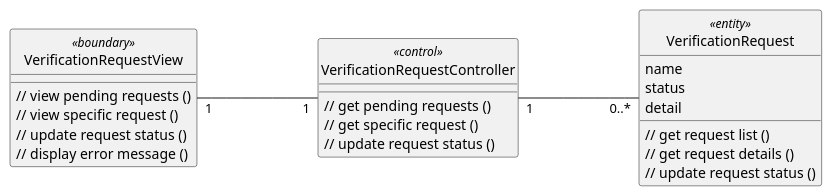
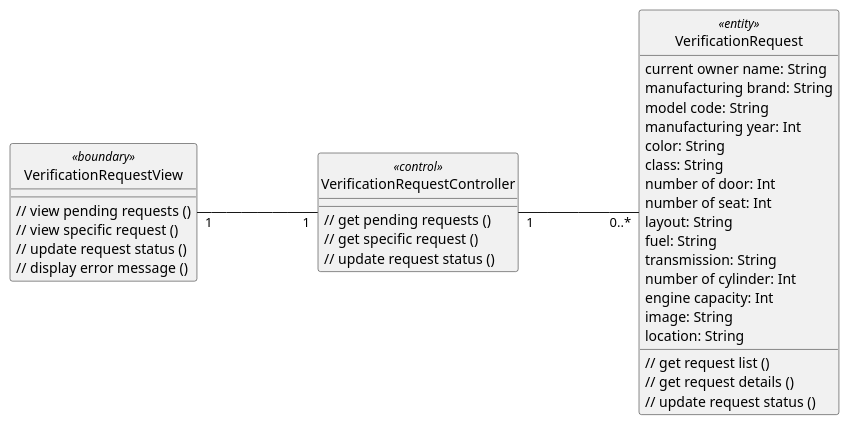
One commit to anhbanlinhle/velocity-exchange changed the diagram in uml/analysis/class/approve_car_for_auction.puml. Above: the diagram before and after it, drawn with PlantUML. The commit also changed 5 other files, not shown here.

```diff
--- a/uml/analysis/class/approve_car_for_auction.puml
+++ b/uml/analysis/class/approve_car_for_auction.puml
@@ -1,37 +1,49 @@
 @startuml 
 left to right direction
 skinparam classAttributeIconSize 0
 skinparam linetype ortho
 hide circle
 class VerificationRequestView <<boundary>> {
     // view pending requests ()
     // view specific request ()
     // update request status ()
     // display error message ()
 
     }
 
 class VerificationRequestController <<control>> {
     // get pending requests ()
     // get specific request ()
     // update request status ()
 
     }
 
 class VerificationRequest <<entity>> {
-    name
-    status
-    detail
+    current owner name: String
+    manufacturing brand: String
+    model code: String
+    manufacturing year: Int
+    color: String
+    class: String
+    number of door: Int
+    number of seat: Int
+    layout: String
+    fuel: String
+    transmission: String
+    number of cylinder: Int
+    engine capacity: Int
+    image: String
+    location: String
 
     // get request list ()
     // get request details ()
     // update request status ()
     }
 
 
 VerificationRequestView "1" --- "1" VerificationRequestController
 
 VerificationRequestController "1" --- "0..*" VerificationRequest
 
 
 @enduml
```
